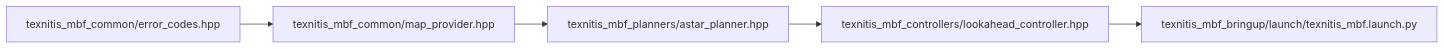
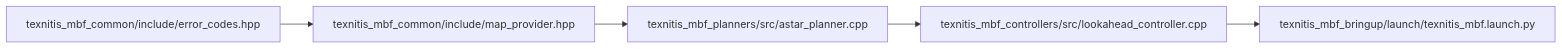
Before and after one commit to Nyanziba/Nyanziba_mbf_plugins: the third of 3 diagrams in docs/reading_guide.md, drawn with Mermaid. The commit also changed other lines of this file and 22 other files, not shown here.

````diff
--- a/docs/reading_guide.md
+++ b/docs/reading_guide.md
@@ -21,7 +28,7 @@
 ```mermaid
 graph LR
-  A[texnitis_mbf_common/error_codes.hpp] --> B[texnitis_mbf_common/map_provider.hpp]
-  B --> C[texnitis_mbf_planners/astar_planner.hpp]
-  C --> D[texnitis_mbf_controllers/lookahead_controller.hpp]
-  D --> E[texnitis_mbf_bringup/launch/texnitis_mbf.launch.py]
+  A["texnitis_mbf_common/include/error_codes.hpp"] --> B["texnitis_mbf_common/include/map_provider.hpp"]
+  B --> C["texnitis_mbf_planners/src/astar_planner.cpp"]
+  C --> D["texnitis_mbf_controllers/src/lookahead_controller.cpp"]
+  D --> E["texnitis_mbf_bringup/launch/texnitis_mbf.launch.py"]
 ```
````
